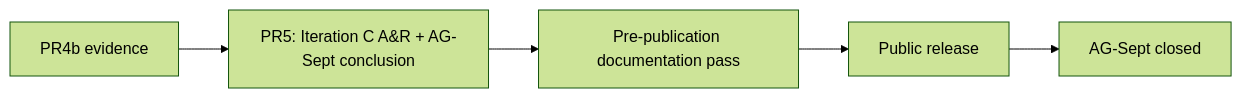
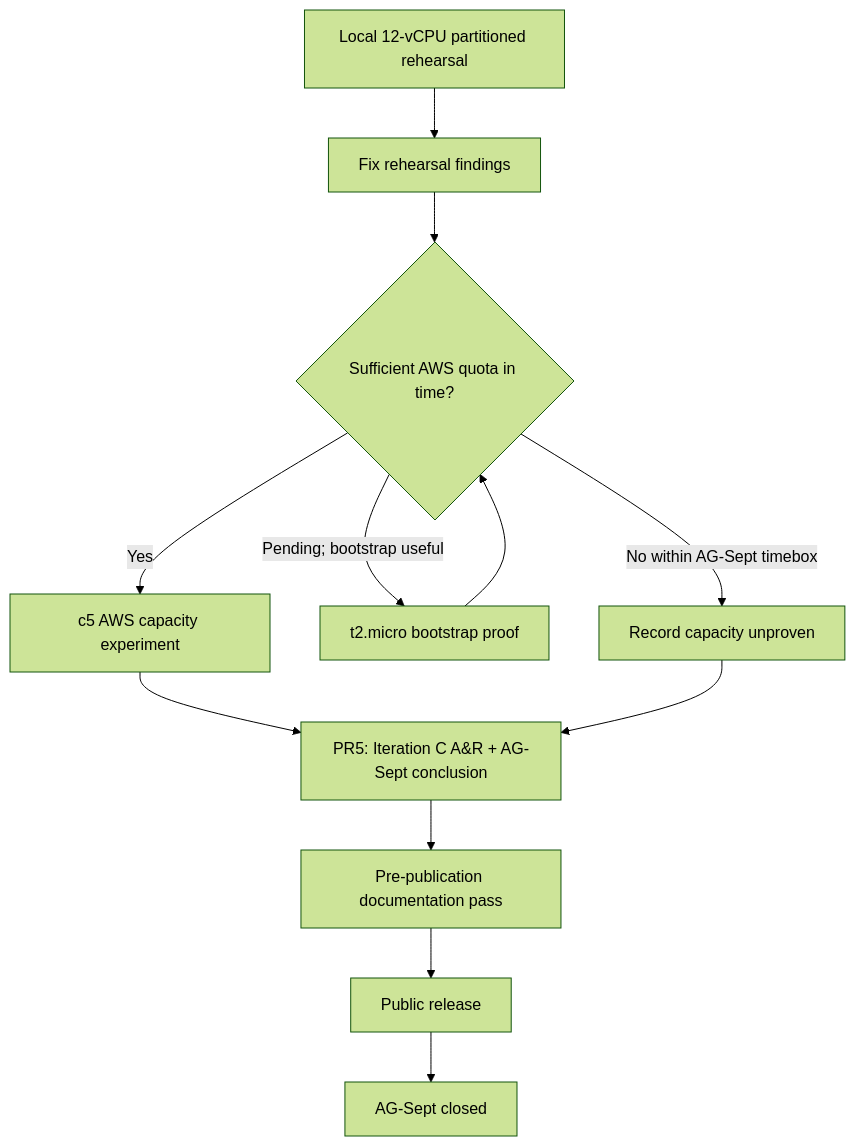
The diagram in docs/planning/ag-sept-plan.md (nancysworld/alloca-go), drawn with Mermaid (forest theme) before and after one commit. The commit also changed other lines of this file, not shown here.

Commit message:
docs: make Iteration C AWS evidence quota-conditional

````diff
--- a/docs/planning/ag-sept-plan.md
+++ b/docs/planning/ag-sept-plan.md
@@ -372,7 +356,14 @@
 ```mermaid
-flowchart LR
-    A[PR4b evidence] --> B[PR5: Iteration C A&R + AG-Sept conclusion]
-    B --> C[Pre-publication documentation pass]
-    C --> D[Public release]
-    D --> E[AG-Sept closed]
+flowchart TD
+    A[Local 12-vCPU partitioned rehearsal] --> B[Fix rehearsal findings]
+    B --> C{Sufficient AWS quota in time?}
+    C -->|Yes| D[c5 AWS capacity experiment]
+    C -->|Pending; bootstrap useful| E[t2.micro bootstrap proof]
+    E --> C
+    C -->|No within AG-Sept timebox| F[Record capacity unproven]
+    D --> G[PR5: Iteration C A&R + AG-Sept conclusion]
+    F --> G
+    G --> H[Pre-publication documentation pass]
+    H --> I[Public release]
+    I --> J[AG-Sept closed]
 ```
````
